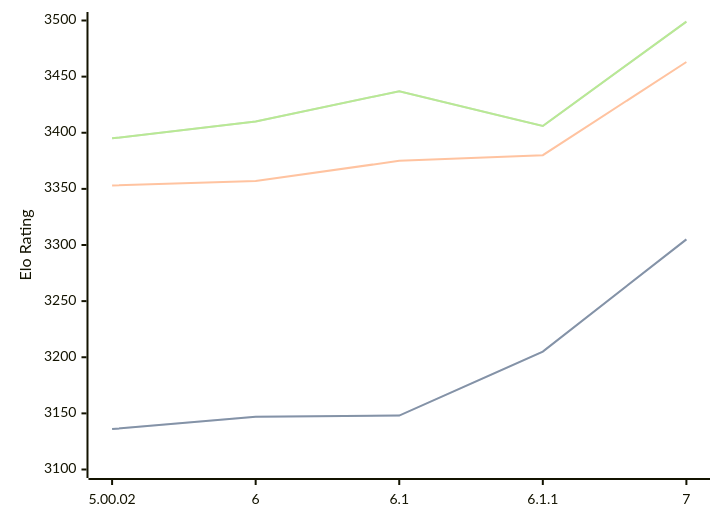
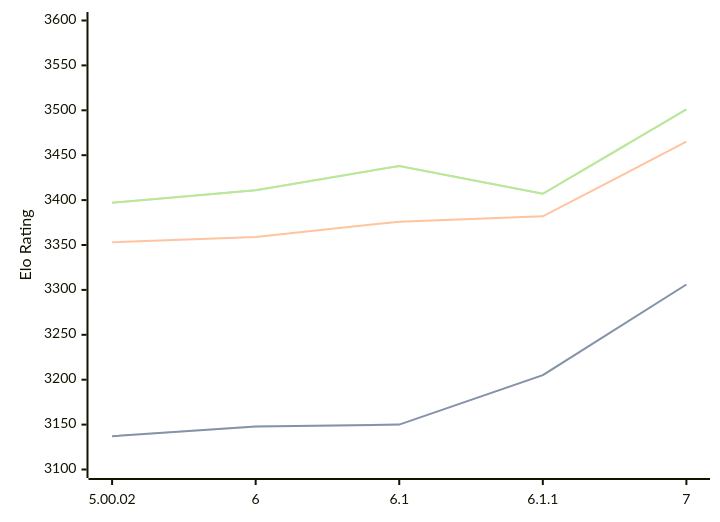
Before and after one commit to computer-chess-index/cci: the diagram in engines/Zangdar.md, drawn with Mermaid. The commit also changed other lines of this file, not shown here.

Commit message:
Update CCI Ratings (ELO VLTC) - 2026-09-13

````diff
--- a/engines/Zangdar.md
+++ b/engines/Zangdar.md
@@ -35,11 +35,11 @@
 ```mermaid
 %%{init: {"theme":"base","themeVariables":{"seriesColors:['#a3a3a3','#222221','#faa371']}}}%%
 xychart-beta
   x-axis ["5.00.02", "6", "6.1", "6.1.1", "7"]
-  y-axis "Elo Rating" 3100 --> 3500
-  line "" [3136, 3147, 3148, 3205, 3305]
-  line "STC (8.0+0.08s)" [3136, 3147, 3148, 3205, 3305]
-  line "LTC (60.0+0.60s)" [3353, 3357, 3375, 3380, 3463]
-  line "" [3395, 3410, 3437, 3406, 3499]
-  line "VLTC (2m24s+1.12s)" [3395, 3410, 3437, 3406, 3499]
+  y-axis "Elo Rating" 3100 --> 3600
+  line "" [3137, 3148, 3150, 3205, 3306]
+  line "STC (8.0+0.08s)" [3137, 3148, 3150, 3205, 3306]
+  line "LTC (60.0+0.60s)" [3353, 3359, 3376, 3382, 3465]
+  line "" [3397, 3411, 3438, 3407, 3501]
+  line "VLTC (2m24s+1.12s)" [3397, 3411, 3438, 3407, 3501]
 ```
````
